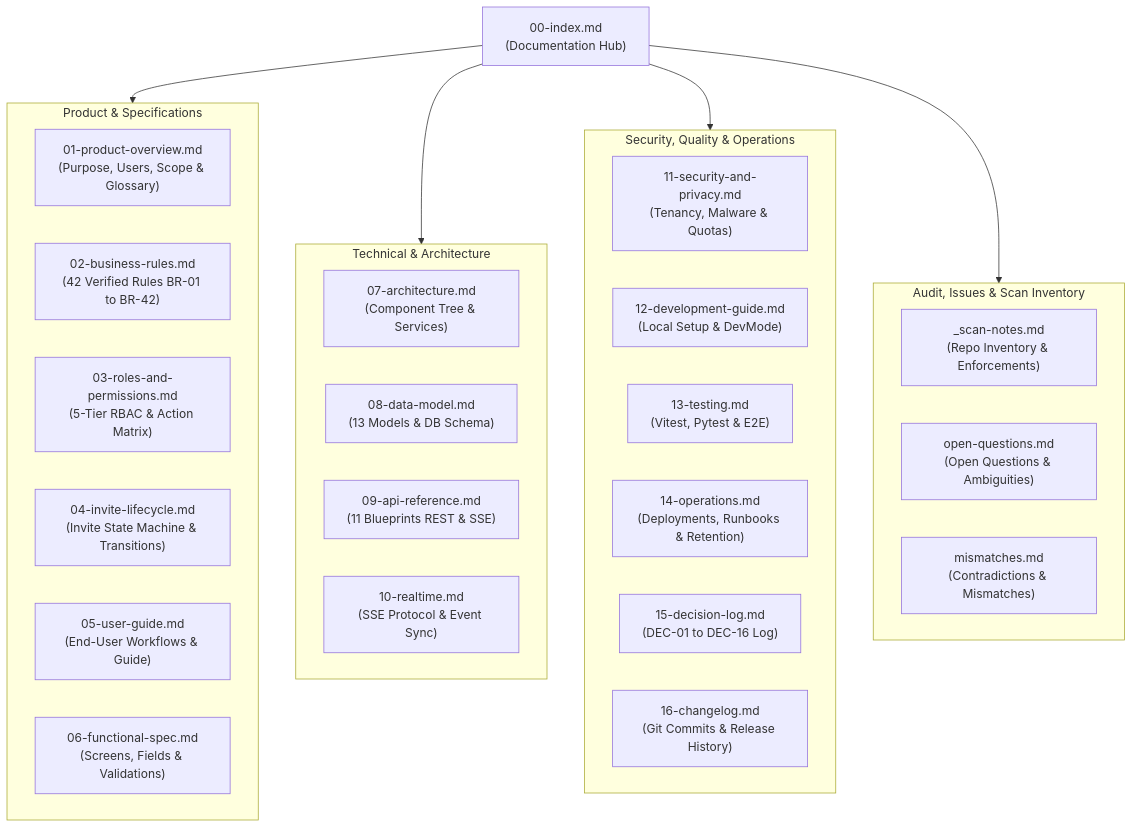
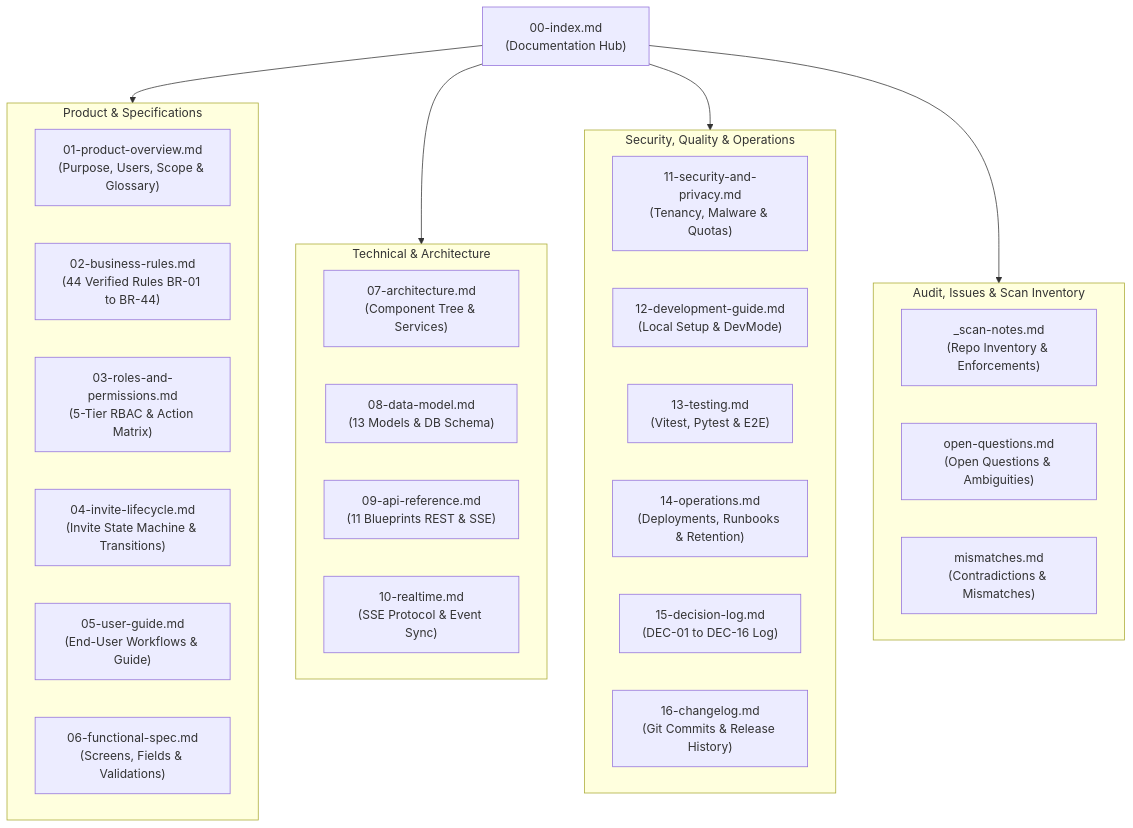
Before and after one commit to jekonggg/sticky-mind-grid: the diagram in docs/00-index.md, drawn with Mermaid. The commit also changed other lines of this file and 22 other files, not shown here.

````diff
--- a/docs/00-index.md
+++ b/docs/00-index.md
@@ -30,40 +30,40 @@
 ```mermaid
 flowchart TD
     Index["00-index.md\n(Documentation Hub)"]
 
     subgraph Suite1["Product & Specifications"]
         D01["01-product-overview.md\n(Purpose, Users, Scope & Glossary)"]
-        D02["02-business-rules.md\n(42 Verified Rules BR-01 to BR-42)"]
+        D02["02-business-rules.md\n(44 Verified Rules BR-01 to BR-44)"]
         D03["03-roles-and-permissions.md\n(5-Tier RBAC & Action Matrix)"]
         D04["04-invite-lifecycle.md\n(Invite State Machine & Transitions)"]
         D05["05-user-guide.md\n(End-User Workflows & Guide)"]
         D06["06-functional-spec.md\n(Screens, Fields & Validations)"]
     end
 
     subgraph Suite2["Technical & Architecture"]
         D07["07-architecture.md\n(Component Tree & Services)"]
         D08["08-data-model.md\n(13 Models & DB Schema)"]
         D09["09-api-reference.md\n(11 Blueprints REST & SSE)"]
         D10["10-realtime.md\n(SSE Protocol & Event Sync)"]
     end
 
     subgraph Suite3["Security, Quality & Operations"]
         D11["11-security-and-privacy.md\n(Tenancy, Malware & Quotas)"]
         D12["12-development-guide.md\n(Local Setup & DevMode)"]
         D13["13-testing.md\n(Vitest, Pytest & E2E)"]
         D14["14-operations.md\n(Deployments, Runbooks & Retention)"]
         D15["15-decision-log.md\n(DEC-01 to DEC-16 Log)"]
         D16["16-changelog.md\n(Git Commits & Release History)"]
     end
 
     subgraph AuditDocs["Audit, Issues & Scan Inventory"]
         Scan["_scan-notes.md\n(Repo Inventory & Enforcements)"]
         OQ["open-questions.md\n(Open Questions & Ambiguities)"]
         MM["mismatches.md\n(Contradictions & Mismatches)"]
     end
 
     Index --> Suite1
     Index --> Suite2
     Index --> Suite3
     Index --> AuditDocs
 ```
````
